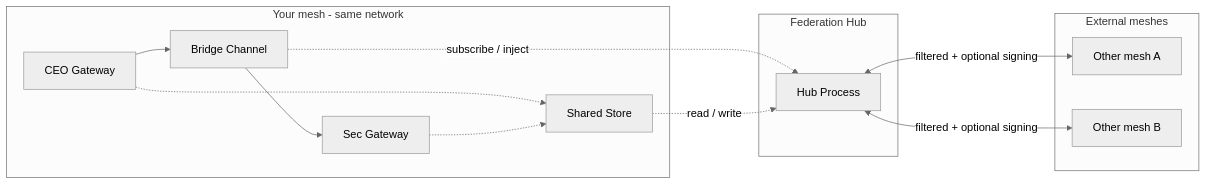
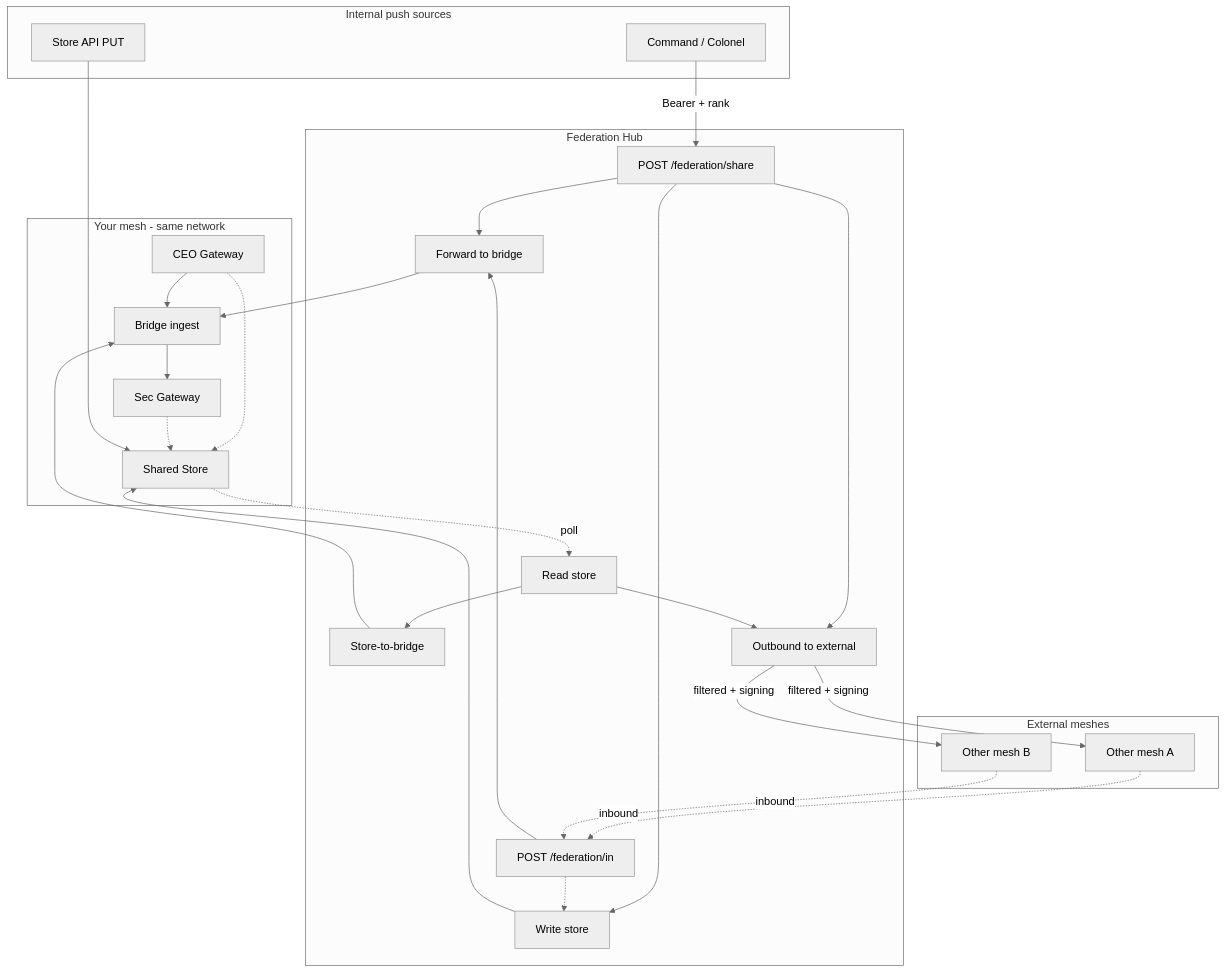
The diagram in OPENCLAW_MESH_FEDERATION_HUB.md (bgoldmann/Raise-The-OpenClaw), drawn with Mermaid (neutral theme) before and after one commit. The commit also changed other lines of this file and 2 other files, not shown here.

Commit message:
Redesign Federation Hub and intel-share diagrams
- OPENCLAW_MESH_FEDERATION_HUB: §2 Topology shows push sources (Command, Store API), hub (FedIn, ShareEP, StoreRead, StoreToBridge, ToBridge, ToStore, Outbound), internal mesh, external inbound/outbound
- OPENCLAW_FEDERATION_HUB_INTEL_SHARE: §2 Target flow with store-to-bridge fan-out, Path A/B description, camelCase subgraphs
- CHANGELOG: diagram redesign entry

Made-with: Cursor

````diff
--- a/OPENCLAW_MESH_FEDERATION_HUB.md
+++ b/OPENCLAW_MESH_FEDERATION_HUB.md
@@ -21,24 +21,47 @@
 ```mermaid
-flowchart LR
+flowchart TB
+  subgraph PushSources [Internal push sources]
+    Command[Command / Colonel]
+    StoreAPI[Store API PUT]
+  end
+  subgraph Hub [Federation Hub]
+    FedIn["POST /federation/in"]
+    ShareEP["POST /federation/share"]
+    StoreRead[Read store]
+    StoreToBridge[Store-to-bridge]
+    ToBridge[Forward to bridge]
+    ToStore[Write store]
+    Outbound[Outbound to external]
+  end
   subgraph InternalMesh [Your mesh - same network]
+    Bridge[Bridge ingest]
+    SharedStore[Shared Store]
     CEO_GW[CEO Gateway]
     Sec_GW[Sec Gateway]
-    Bridge[Bridge Channel]
-    SharedStore[Shared Store]
     CEO_GW --> Bridge
     Bridge --> Sec_GW
     CEO_GW -.-> SharedStore
     Sec_GW -.-> SharedStore
   end
-  subgraph Hub [Federation Hub]
-    FH[Hub Process]
-  end
   subgraph ExternalMeshes [External meshes]
     EM1[Other mesh A]
     EM2[Other mesh B]
   end
-  Bridge -.->|"subscribe / inject"| FH
-  SharedStore -.->|"read / write"| FH
-  FH <-->|"filtered + optional signing"| EM1
-  FH <-->|"filtered + optional signing"| EM2
+  Command -->|"Bearer + rank"| ShareEP
+  StoreAPI --> SharedStore
+  ShareEP --> ToBridge
+  ShareEP --> ToStore
+  ShareEP --> Outbound
+  ToStore --> SharedStore
+  ToBridge --> Bridge
+  SharedStore -.->|"poll"| StoreRead
+  StoreRead --> Outbound
+  StoreRead --> StoreToBridge
+  StoreToBridge --> Bridge
+  EM1 -.->|"inbound"| FedIn
+  EM2 -.->|"inbound"| FedIn
+  FedIn --> ToBridge
+  FedIn -.-> ToStore
+  Outbound -->|"filtered + signing"| EM1
+  Outbound -->|"filtered + signing"| EM2
 ```
````
